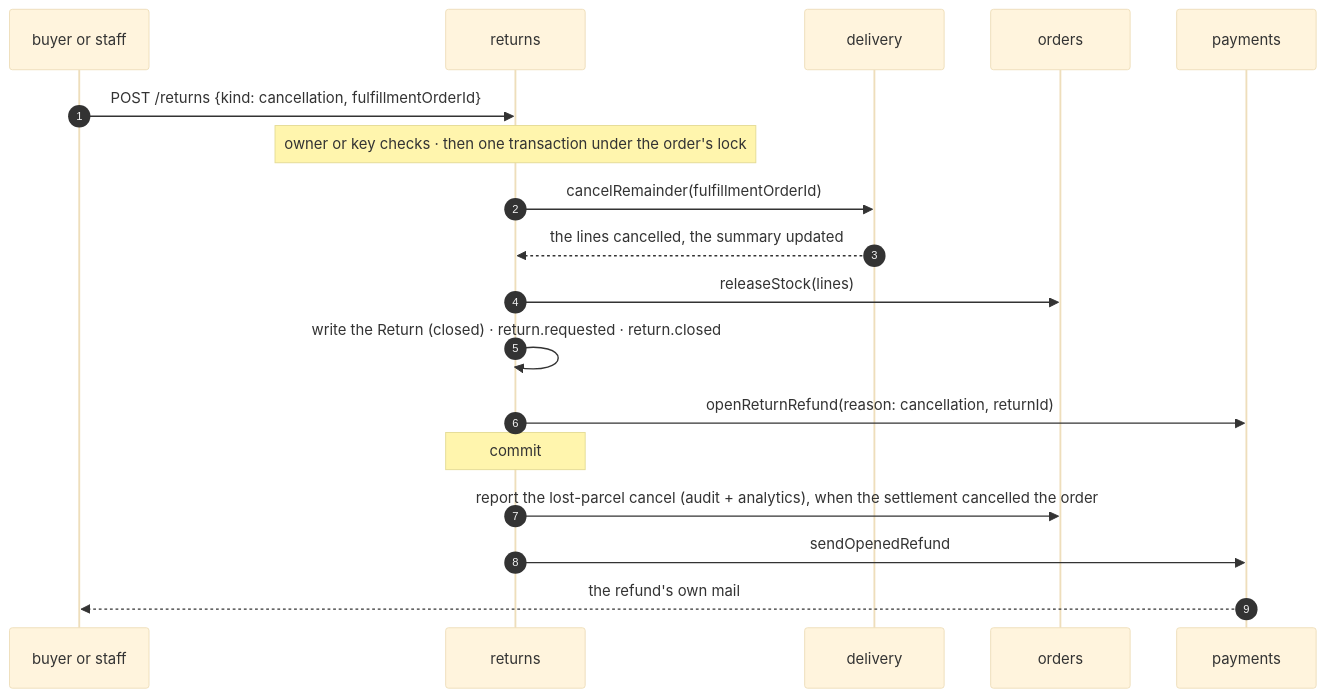
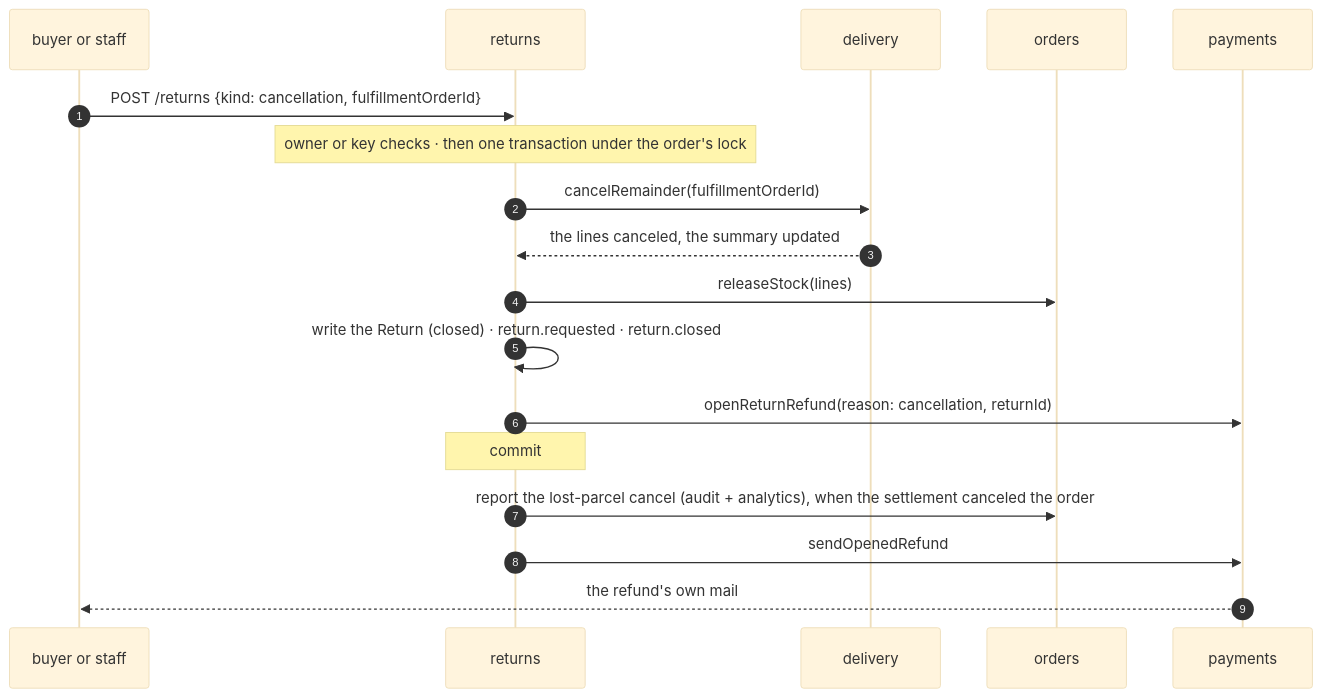
Before and after one commit to Guebbit/boilerplate-node-backend: the sixth of 6 diagrams in docs/modules/returns.md, drawn with Mermaid (base theme). The commit also changed other lines of this file and 301 other files, not shown here.

````diff
--- a/docs/modules/returns.md
+++ b/docs/modules/returns.md
@@ -511,20 +511,20 @@
 ```mermaid
 sequenceDiagram
     autonumber
     participant C as buyer or staff
     participant R as returns
     participant D as delivery
     participant O as orders
     participant P as payments
     C->>R: POST /returns {kind: cancellation, fulfillmentOrderId}
     Note over R: owner or key checks · then one transaction under the order's lock
     R->>D: cancelRemainder(fulfillmentOrderId)
-    D-->>R: the lines cancelled, the summary updated
+    D-->>R: the lines canceled, the summary updated
     R->>O: releaseStock(lines)
     R->>R: write the Return (closed) · return.requested · return.closed
     R->>P: openReturnRefund(reason: cancellation, returnId)
     Note over R: commit
-    R->>O: report the lost-parcel cancel (audit + analytics), when the settlement cancelled the order
+    R->>O: report the lost-parcel cancel (audit + analytics), when the settlement canceled the order
     R->>P: sendOpenedRefund
     P-->>C: the refund's own mail
 ```
````
